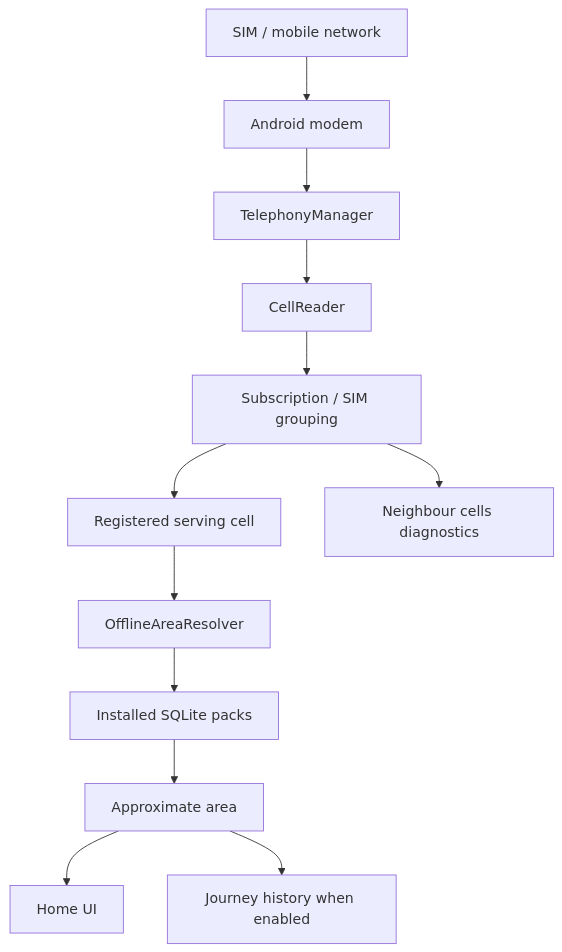
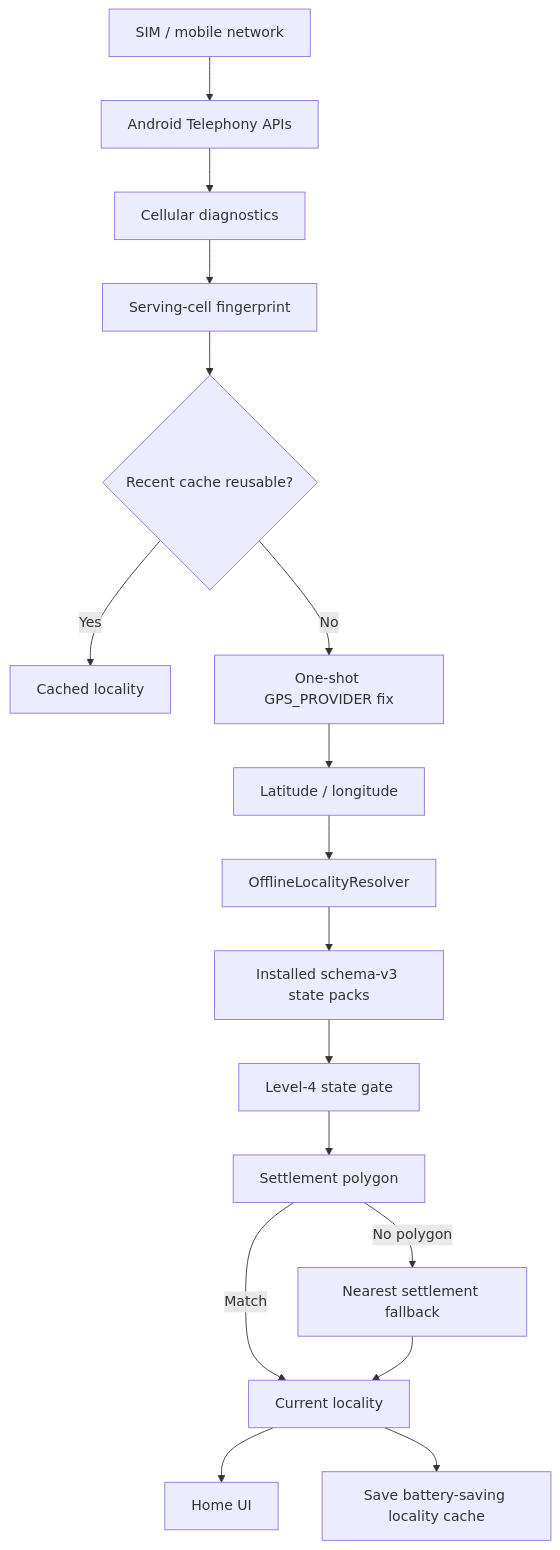
Before and after one commit to actionanand/local-tell: the sixth of 6 diagrams in docs/localtell-modern-android-locality-architecture.md, drawn with Mermaid. The commit also changed other lines of this file, not shown here.

Commit message:
docs: update LocalTell architecture for GNSS-first schema v3

````diff
--- a/docs/localtell-modern-android-locality-architecture.md
+++ b/docs/localtell-modern-android-locality-architecture.md
@@ -492,14 +902,22 @@
 ```mermaid
 flowchart TD
-    A[SIM / mobile network] --> B[Android modem]
-    B --> C[TelephonyManager]
-    C --> D[CellReader]
-    D --> E[Subscription / SIM grouping]
-    E --> F[Registered serving cell]
-    E --> G[Neighbour cells diagnostics]
-    F --> H[OfflineAreaResolver]
-    H --> I[Installed SQLite packs]
-    I --> J[Approximate area]
-    J --> K[Home UI]
-    J --> L[Journey history when enabled]
+    A[SIM / mobile network] --> B[Android Telephony APIs]
+    B --> C[Cellular diagnostics]
+    C --> D[Serving-cell fingerprint]
+
+    D --> E{Recent cache reusable?}
+    E -->|Yes| F[Cached locality]
+    E -->|No| G[One-shot GPS_PROVIDER fix]
+
+    G --> H[Latitude / longitude]
+    H --> I[OfflineLocalityResolver]
+    I --> J[Installed schema-v3 state packs]
+    J --> K[Level-4 state gate]
+    K --> L[Settlement polygon]
+    L -->|No polygon| M[Nearest settlement fallback]
+    L -->|Match| N[Current locality]
+    M --> N
+
+    N --> O[Home UI]
+    N --> P[Save battery-saving locality cache]
 ```
````
